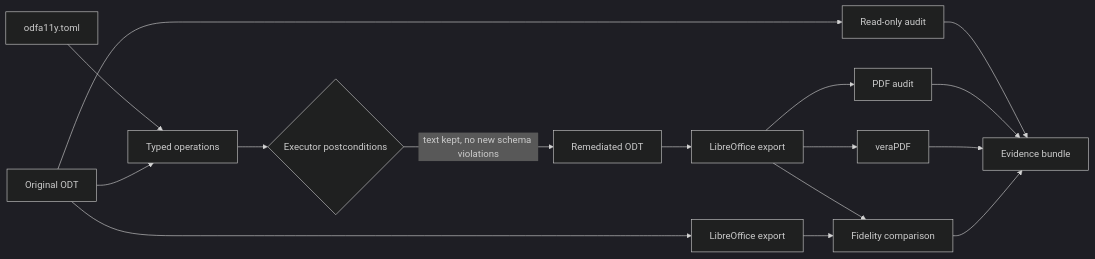
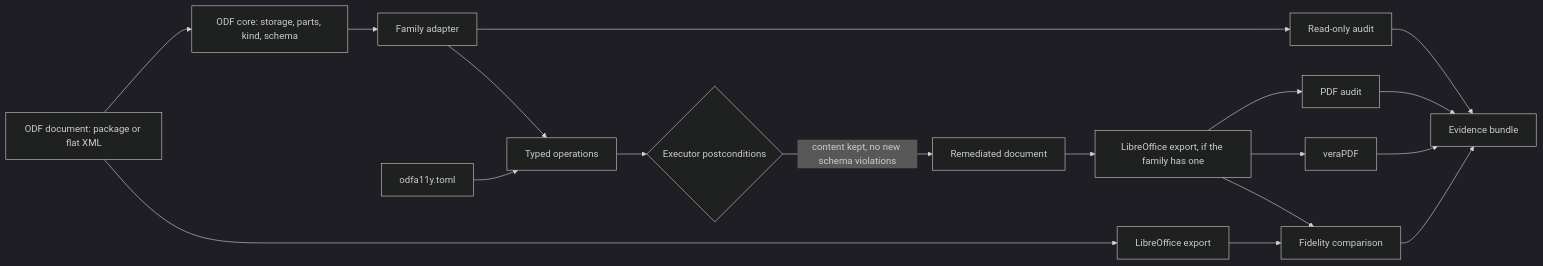
One commit to resoltico/ODFA11y changed the diagram in docs/ARCHITECTURE.md. Above: the diagram before and after it, drawn with Mermaid (dark theme). The commit also changed other lines of this file and 125 other files, not shown here.

First line of the commit message:
ODF family architecture: shared ODF core, family adapters, assurance profiles, evidence format 2 (#9)

````diff
--- a/docs/ARCHITECTURE.md
+++ b/docs/ARCHITECTURE.md
@@ -6,18 +10,20 @@
 ```mermaid
 flowchart LR
-    ODT[Original ODT] --> Audit[Read-only audit]
+    Doc[ODF document: package or flat XML] --> Core[ODF core: storage, parts, kind, schema]
+    Core --> Adapter[Family adapter]
+    Adapter --> Audit[Read-only audit]
     Config[odfa11y.toml] --> Ops[Typed operations]
-    ODT --> Ops
+    Adapter --> Ops
     Ops --> Gate{Executor postconditions}
-    Gate -->|text kept, no new schema violations| Reviewed[Remediated ODT]
-    Reviewed --> Export[LibreOffice export]
-    ODT --> ExportSrc[LibreOffice export]
+    Gate -->|content kept, no new schema violations| Reviewed[Remediated document]
+    Reviewed --> Export[LibreOffice export, if the family has one]
+    Doc --> ExportSrc[LibreOffice export]
     Export --> Inspect[PDF audit]
     Export --> Vera[veraPDF]
     Export --> Compare[Fidelity comparison]
     ExportSrc --> Compare
     Audit --> Evidence[Evidence bundle]
     Inspect --> Evidence
     Vera --> Evidence
     Compare --> Evidence
 ```
````
